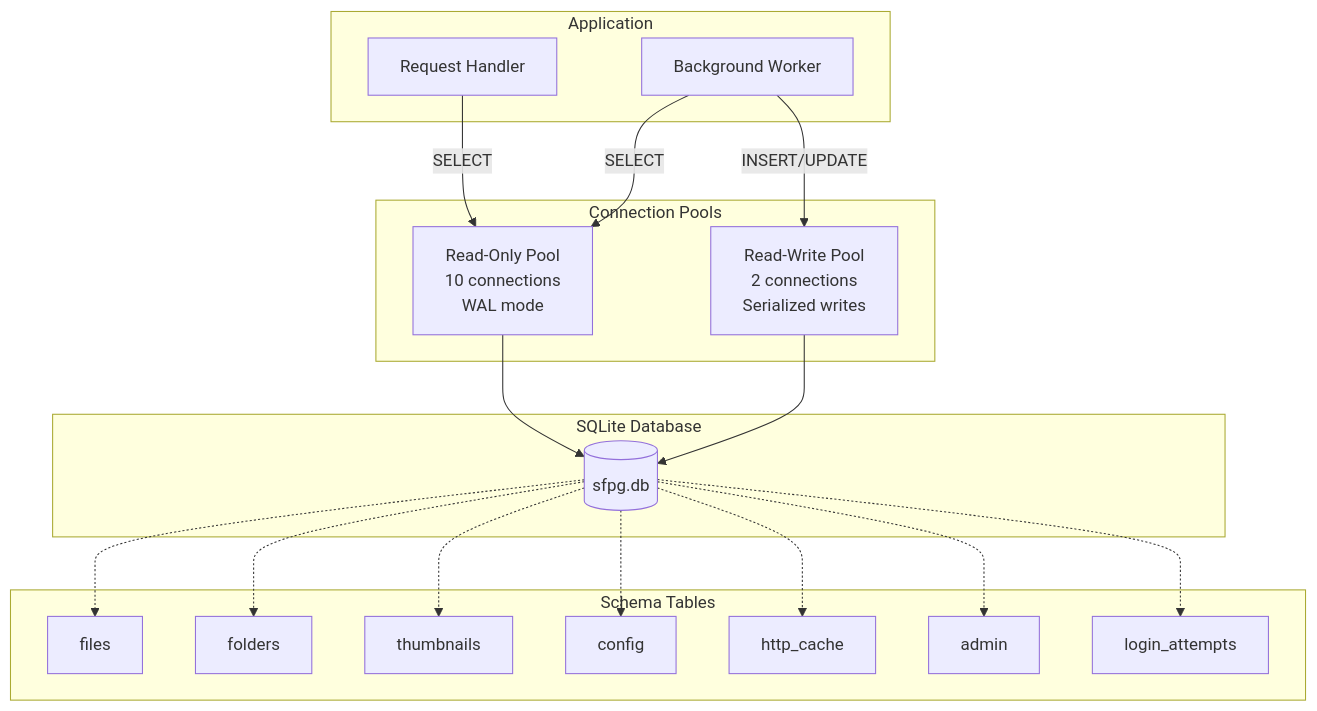
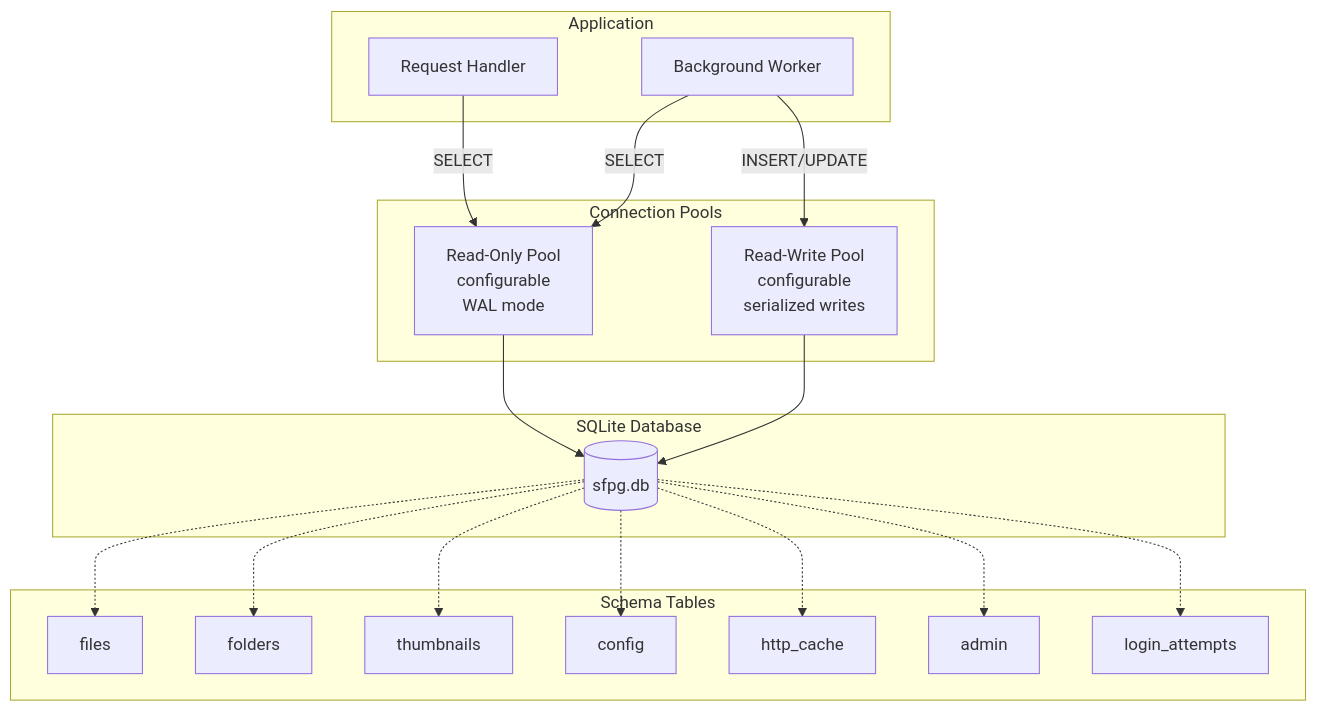
One commit to lbe/sfpg-go changed the fourth of 21 diagrams in docs/ARCHITECTURE.md. Above: the diagram before and after it, drawn with Mermaid. The commit also changed other lines of this file and 80 other files, not shown here.

````diff
--- a/docs/ARCHITECTURE.md
+++ b/docs/ARCHITECTURE.md
@@ -251,41 +286,41 @@
 ```mermaid
 graph TB
     subgraph "Application"
         Handler[Request Handler]
         Worker[Background Worker]
     end
 
     subgraph "Connection Pools"
-        RO[Read-Only Pool<br/>10 connections<br/>WAL mode]
-        RW[Read-Write Pool<br/>2 connections<br/>Serialized writes]
+        RO[Read-Only Pool<br/>configurable<br/>WAL mode]
+        RW[Read-Write Pool<br/>configurable<br/>serialized writes]
     end
 
     subgraph "SQLite Database"
         DB[(sfpg.db)]
     end
 
     subgraph "Schema Tables"
         Files[files]
         Folders[folders]
         Thumbnails[thumbnails]
         Config[config]
         HTTPCache[http_cache]
         Admin[admin]
         LoginAttempts[login_attempts]
     end
 
     Handler -->|SELECT| RO
     Worker -->|SELECT| RO
     Worker -->|INSERT/UPDATE| RW
 
     RO --> DB
     RW --> DB
 
     DB -.-> Files
     DB -.-> Folders
     DB -.-> Thumbnails
     DB -.-> Config
     DB -.-> HTTPCache
     DB -.-> Admin
     DB -.-> LoginAttempts
 ```
````
